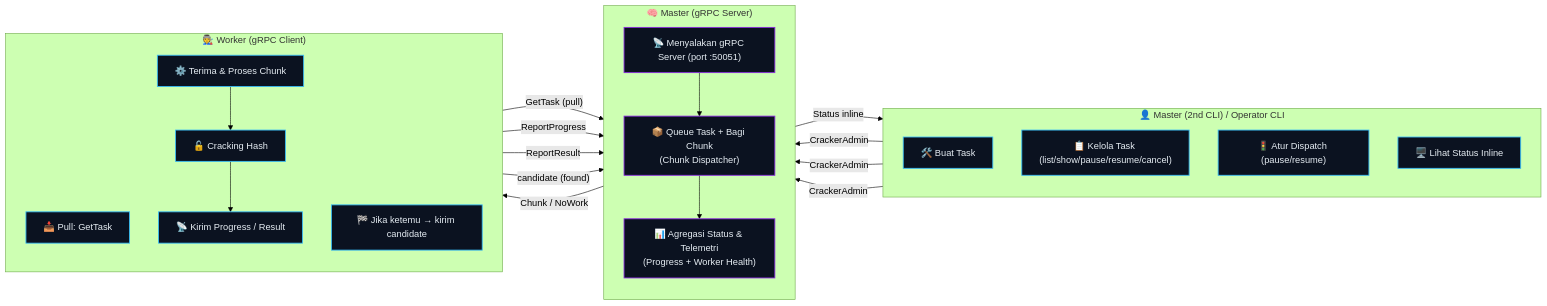
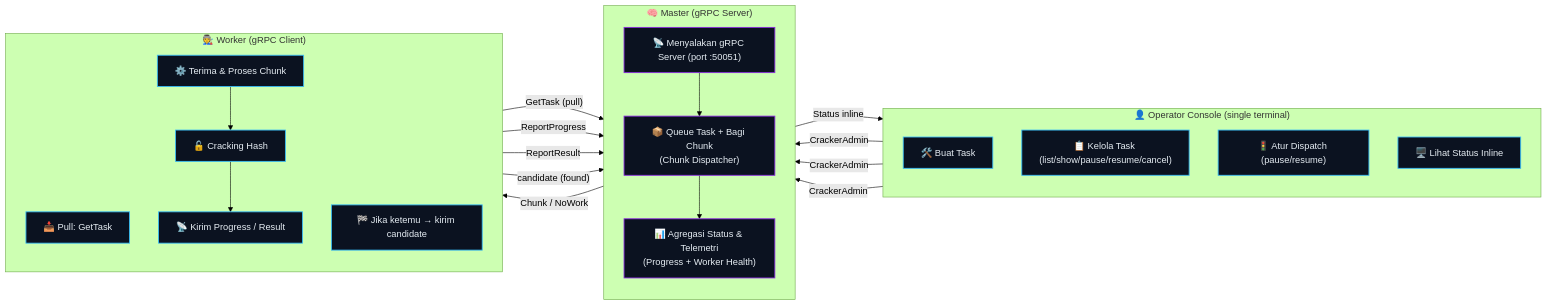
One commit to h0w1tzxr/Cerberus changed the diagram in README.md. Above: the diagram before and after it, drawn with Mermaid (forest theme). The commit also changed other lines of this file and 4 other files, not shown here.

````diff
--- a/README.md
+++ b/README.md
@@ -393,51 +402,51 @@
 ```mermaid
 flowchart LR
-  subgraph OP["👤 Master (2nd CLI) / Operator CLI"]
+  subgraph OP["👤 Operator Console (single terminal)"]
     direction TB
     OP1["🛠️ Buat Task"]
     OP3["📋 Kelola Task (list/show/pause/resume/cancel)"]
     OP4["🚦 Atur Dispatch (pause/resume)"]
     OP2["🖥️ Lihat Status Inline"]
   end
 
   subgraph MS["🧠 Master (gRPC Server)"]
     direction TB
     MS1["📡 Menyalakan gRPC Server (port :50051)"]
     MS2["📦 Queue Task + Bagi Chunk\n(Chunk Dispatcher)"]
     MS3["📊 Agregasi Status & Telemetri\n(Progress + Worker Health)"]
   end
 
   subgraph WK["🧑‍🏭 Worker (gRPC Client)"]
     direction TB
     WK1["📥 Pull: GetTask"]
     WK2["⚙️ Terima & Proses Chunk"]
     WK3["🔓 Cracking Hash"]
     WK4["📡 Kirim Progress / Result"]
     WK5["🏁 Jika ketemu → kirim candidate"]
   end
 
   %% Operator plane
   OP1 -->|"CrackerAdmin"| MS1
   OP3 -->|"CrackerAdmin"| MS1
   OP4 -->|"CrackerAdmin"| MS1
   MS3 -->|"Status inline"| OP2
 
   %% Worker plane
   WK1 -->|"GetTask (pull)"| MS2
   MS2 -->|"Chunk / NoWork"| WK2
 
   WK2 --> WK3 --> WK4
   WK4 -->|"ReportProgress"| MS3
   WK4 -->|"ReportResult"| MS3
   WK5 -->|"candidate (found)"| MS3
 
   %% Internal master flow
   MS1 --> MS2 --> MS3
 
   %% Styling
   classDef card fill:#0b1220,stroke:#36bcf7,stroke-width:1.5px,color:#e6edf3;
   classDef soft fill:#0b1220,stroke:#8a2be2,stroke-width:1.5px,color:#e6edf3;
 
   class OP1,OP2,OP3,OP4,WK1,WK2,WK3,WK4,WK5 card;
   class MS1,MS2,MS3 soft;
 ```
````
